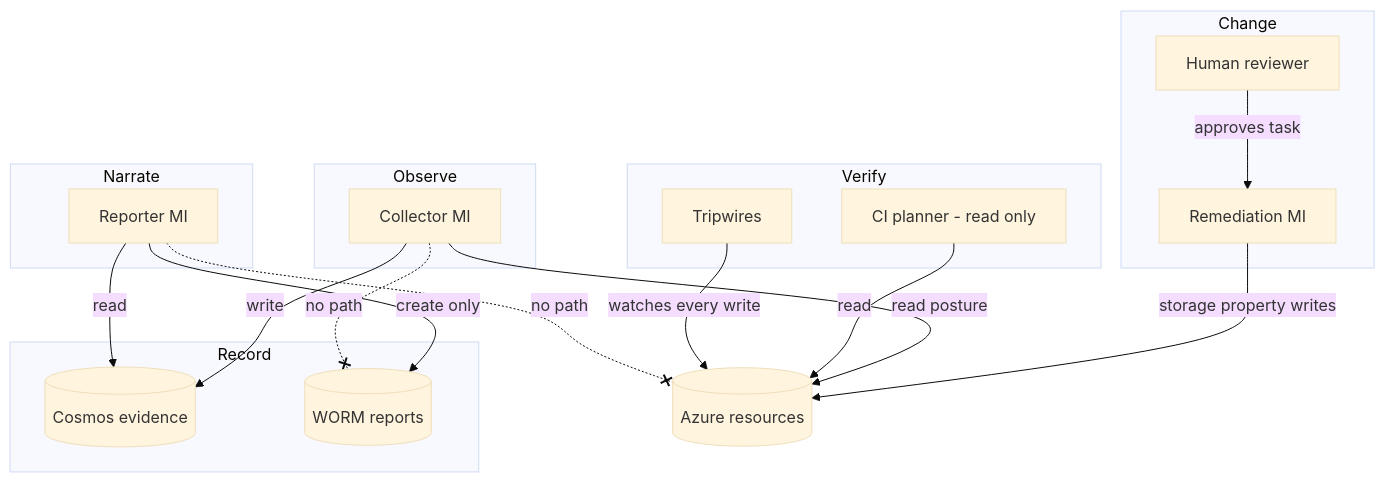
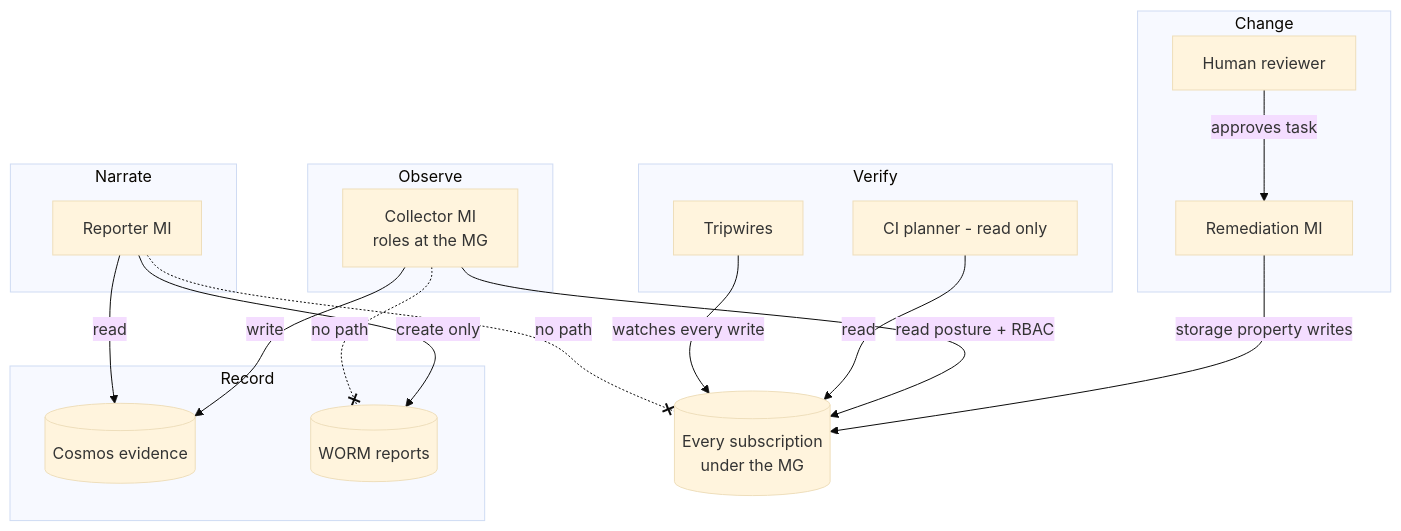
Before and after one commit to ThePrivacyPrince/CGE-Azure-Capstone: the third of 3 diagrams in docs/ARCHITECTURE.md, drawn with Mermaid (base theme). The commit also changed other lines of this file and 7 other files, not shown here.

First line of the commit message:
docs: FAFO scenario, federal track, scale by scope, schema justification

````diff
--- a/docs/ARCHITECTURE.md
+++ b/docs/ARCHITECTURE.md
@@ -62,31 +85,31 @@
 ```mermaid
 flowchart TB
   subgraph Observe
-    COL[Collector MI]
+    COL[Collector MI<br/>roles at the MG]
   end
   subgraph Record
     COS[(Cosmos evidence)]
     WORM[(WORM reports)]
   end
   subgraph Narrate
     REP[Reporter MI]
   end
   subgraph Change
     REM[Remediation MI]
     HUM[Human reviewer]
   end
   subgraph Verify
     CI[CI planner - read only]
     TRIP[Tripwires]
   end
   COL -- write --> COS
   REP -- read --> COS
   REP -- create only --> WORM
   HUM -- approves task --> REM
-  REM -- storage property writes --> AZ[(Azure resources)]
-  COL -- read posture --> AZ
+  REM -- storage property writes --> AZ[(Every subscription<br/>under the MG)]
+  COL -- read posture + RBAC --> AZ
   CI -- read --> AZ
   TRIP -- watches every write --> AZ
   COL -. no path .-x WORM
   REP -. no path .-x AZ
 ```
````
